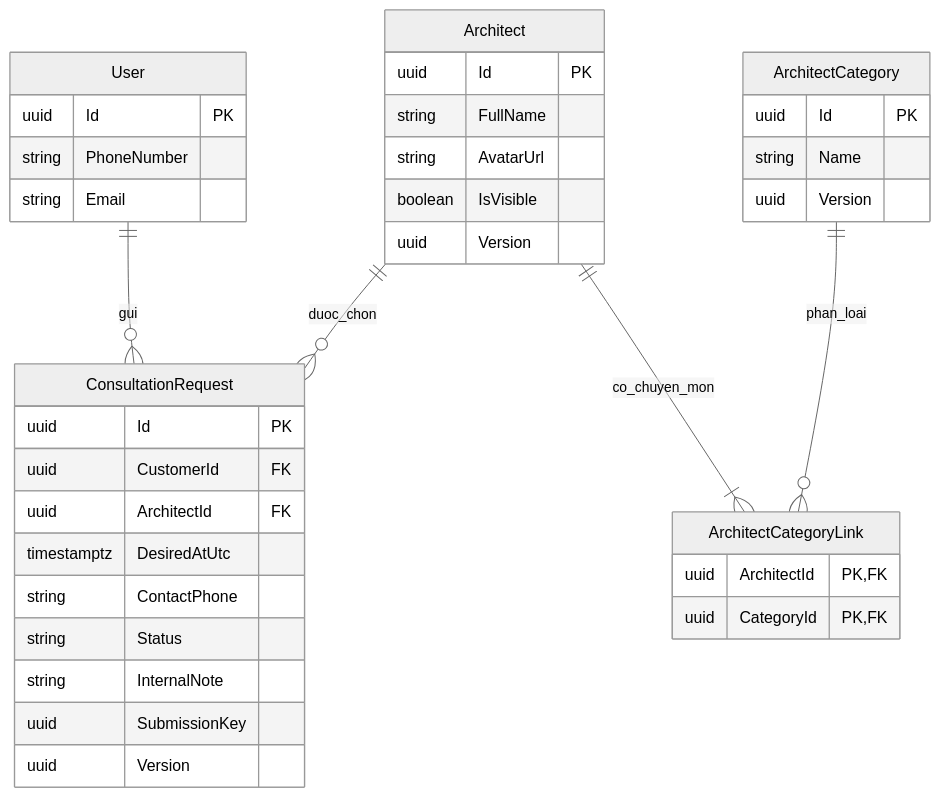
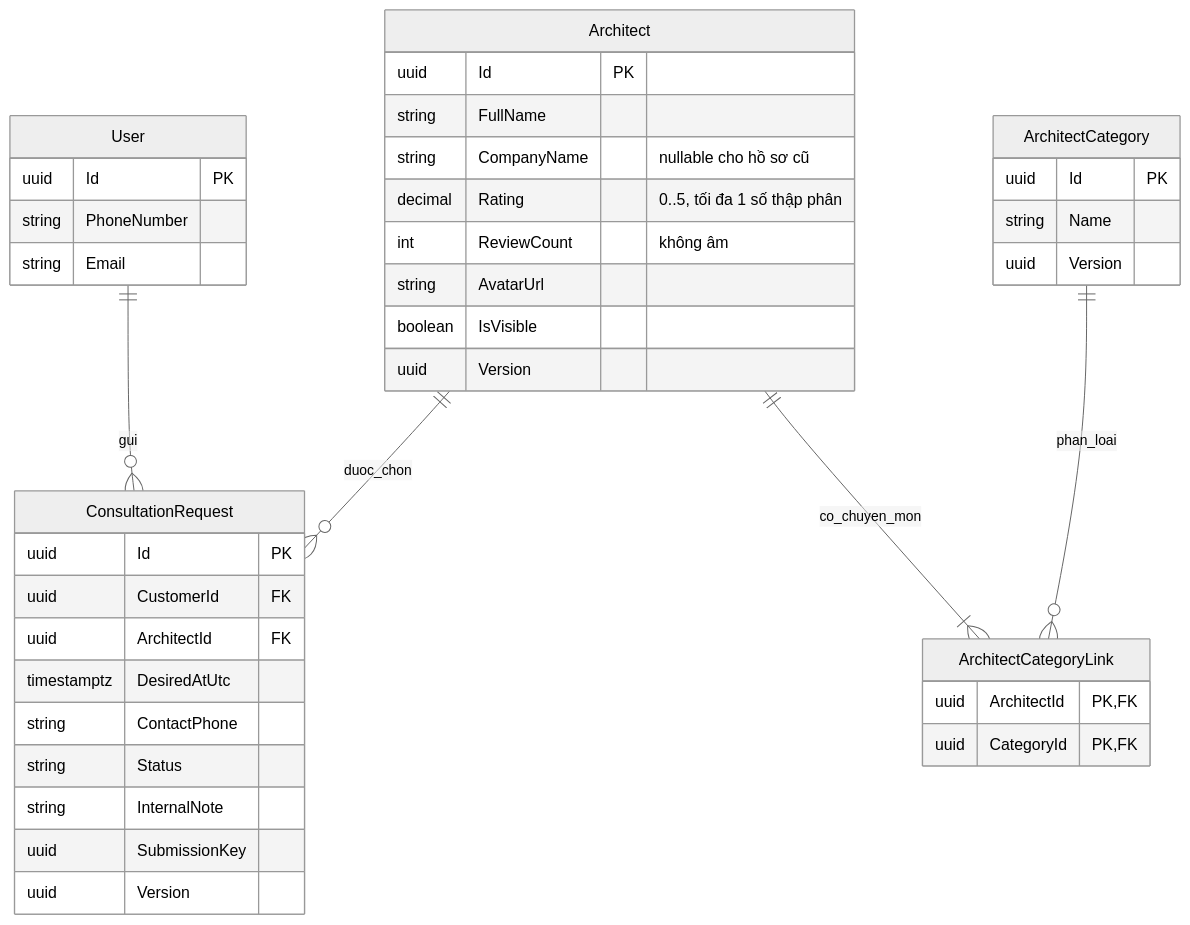
One commit to TaskCoper/bmt-documentation changed the sixth of 6 diagrams in tdd/TDD-CONSULT-001.md. Above: the diagram before and after it, drawn with Mermaid (neutral theme). The commit also changed other lines of this file and 37 other files, not shown here.

Commit message:
docs(consult): document architect company and review summary

````diff
--- a/tdd/TDD-CONSULT-001.md
+++ b/tdd/TDD-CONSULT-001.md
@@ -344,39 +392,42 @@
 ```mermaid
 erDiagram
     User ||--o{ ConsultationRequest : gui
     Architect ||--o{ ConsultationRequest : duoc_chon
     Architect ||--|{ ArchitectCategoryLink : co_chuyen_mon
     ArchitectCategory ||--o{ ArchitectCategoryLink : phan_loai
     User {
         uuid Id PK
         string PhoneNumber
         string Email
     }
     Architect {
         uuid Id PK
         string FullName
+        string CompanyName "nullable cho hồ sơ cũ"
+        decimal Rating "0..5, tối đa 1 số thập phân"
+        int ReviewCount "không âm"
         string AvatarUrl
         boolean IsVisible
         uuid Version
     }
     ArchitectCategory {
         uuid Id PK
         string Name
         uuid Version
     }
     ArchitectCategoryLink {
         uuid ArchitectId PK,FK
         uuid CategoryId PK,FK
     }
     ConsultationRequest {
         uuid Id PK
         uuid CustomerId FK
         uuid ArchitectId FK
         timestamptz DesiredAtUtc
         string ContactPhone
         string Status
         string InternalNote
         uuid SubmissionKey
         uuid Version
     }
 ```
````
